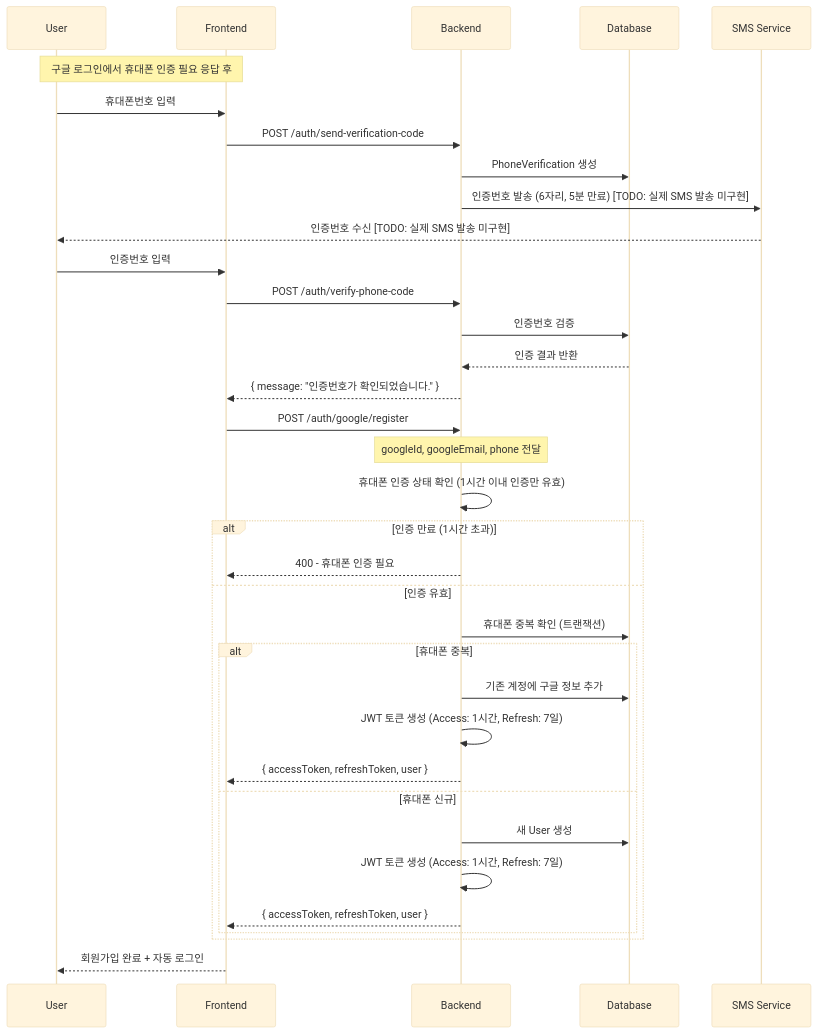
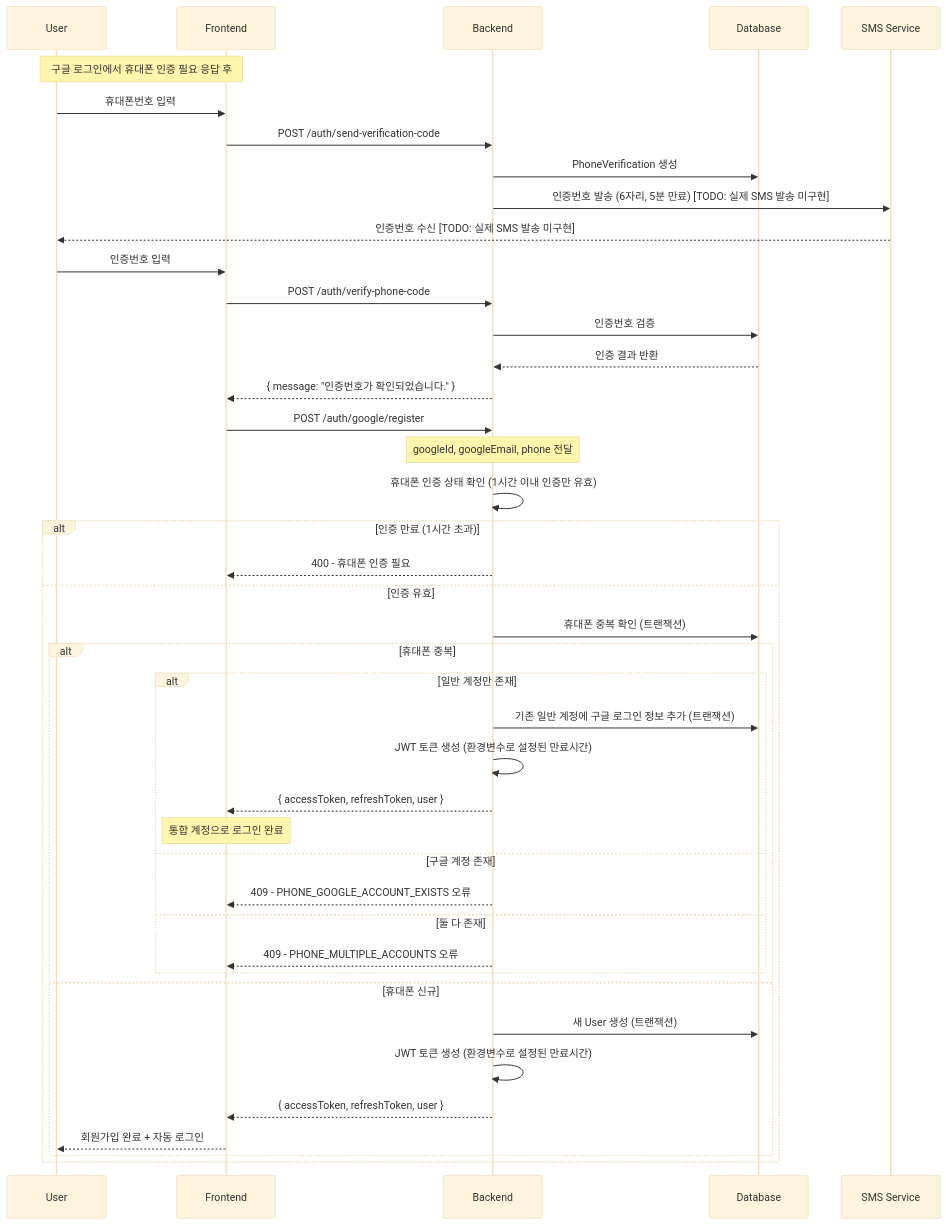
The fifth of 9 diagrams in apps/web-user/backend/docs/통합 로그인 및 회원가입 - 가이드.md (ServicePlayground/sweet-order), drawn with Mermaid (base theme) before and after one commit. The commit also changed other lines of this file and 4 other files, not shown here.

Commit message:
[WEB-USER][BE][REFAC]: 회원가입 및 구글 로그인 관련 문서 및 코드 수정 - 에러 메시지 추가, JWT 토큰 생성 로직 개선, 사용자 중복 검증 로직 정리

````diff
--- a/apps/web-user/backend/docs/통합 로그인 및 회원가입 - 가이드.md
+++ b/apps/web-user/backend/docs/통합 로그인 및 회원가입 - 가이드.md
@@ -215,42 +229,48 @@
 ```mermaid
 sequenceDiagram
     participant U as User
     participant F as Frontend
     participant B as Backend
     participant DB as Database
     participant SMS as SMS Service
 
     Note over U,F: 구글 로그인에서 휴대폰 인증 필요 응답 후
 
     U->>F: 휴대폰번호 입력
     F->>B: POST /auth/send-verification-code
     B->>DB: PhoneVerification 생성
     B->>SMS: 인증번호 발송 (6자리, 5분 만료) [TODO: 실제 SMS 발송 미구현]
     SMS-->>U: 인증번호 수신 [TODO: 실제 SMS 발송 미구현]
 
     U->>F: 인증번호 입력
     F->>B: POST /auth/verify-phone-code
     B->>DB: 인증번호 검증
     DB-->>B: 인증 결과 반환
     B-->>F: { message: "인증번호가 확인되었습니다." }
 
     F->>B: POST /auth/google/register
     Note over B: googleId, googleEmail, phone 전달
     B->>B: 휴대폰 인증 상태 확인 (1시간 이내 인증만 유효)
     alt 인증 만료 (1시간 초과)
         B-->>F: 400 - 휴대폰 인증 필요
     else 인증 유효
         B->>DB: 휴대폰 중복 확인 (트랜잭션)
         alt 휴대폰 중복
-            B->>DB: 기존 계정에 구글 정보 추가
-            B->>B: JWT 토큰 생성 (Access: 1시간, Refresh: 7일)
+            alt 일반 계정만 존재
+                B->>DB: 기존 일반 계정에 구글 로그인 정보 추가 (트랜잭션)
+                B->>B: JWT 토큰 생성 (환경변수로 설정된 만료시간)
+                B-->>F: { accessToken, refreshToken, user }
+                Note over F: 통합 계정으로 로그인 완료
+            else 구글 계정 존재
+                B-->>F: 409 - PHONE_GOOGLE_ACCOUNT_EXISTS 오류
+            else 둘 다 존재
+                B-->>F: 409 - PHONE_MULTIPLE_ACCOUNTS 오류
+            end
+        else 휴대폰 신규
+            B->>DB: 새 User 생성 (트랜잭션)
+            B->>B: JWT 토큰 생성 (환경변수로 설정된 만료시간)
             B-->>F: { accessToken, refreshToken, user }
-        else 휴대폰 신규
-            B->>DB: 새 User 생성
-            B->>B: JWT 토큰 생성 (Access: 1시간, Refresh: 7일)
-            B-->>F: { accessToken, refreshToken, user }
+            F-->>U: 회원가입 완료 + 자동 로그인
         end
     end
-
-    F-->>U: 회원가입 완료 + 자동 로그인
 ```
````
